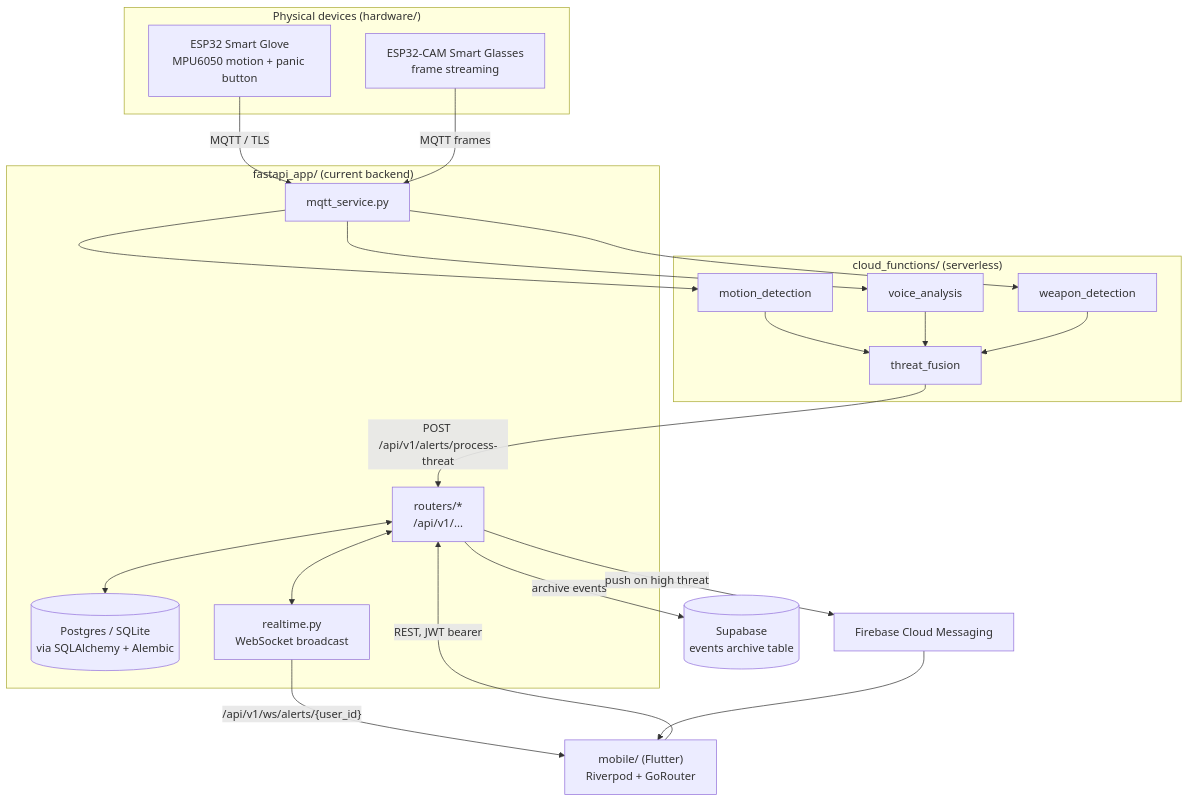
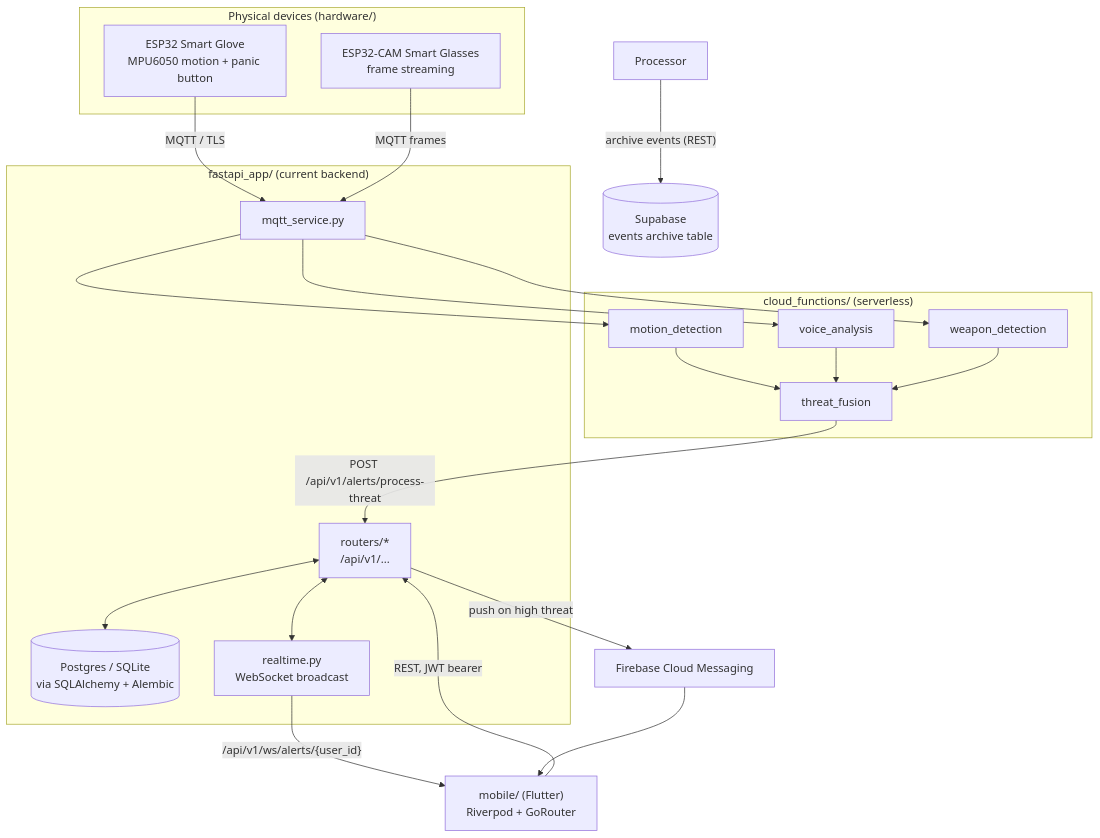
The first of 3 diagrams in ARCHITECTURE.md (ShadowInCache/SafeHer), drawn with Mermaid before and after one commit. The commit also changed other lines of this file and 9 other files, not shown here.

````diff
--- a/ARCHITECTURE.md
+++ b/ARCHITECTURE.md
@@ -10,39 +10,39 @@
 ```mermaid
 flowchart TB
     subgraph Devices["Physical devices (hardware/)"]
         Glove["ESP32 Smart Glove\nMPU6050 motion + panic button"]
         Glasses["ESP32-CAM Smart Glasses\nframe streaming"]
     end
 
     subgraph CloudFn["cloud_functions/ (serverless)"]
         Motion["motion_detection"]
         Voice["voice_analysis"]
         Weapon["weapon_detection"]
         Fusion["threat_fusion"]
     end
 
     subgraph Backend["fastapi_app/ (current backend)"]
         MQTTIn["mqtt_service.py"]
         Routers["routers/*\n/api/v1/..."]
         DB[("Postgres / SQLite\nvia SQLAlchemy + Alembic")]
         WS["realtime.py\nWebSocket broadcast"]
     end
 
     Supabase[("Supabase\nevents archive table")]
     FCM["Firebase Cloud Messaging"]
 
     Mobile["mobile/ (Flutter)\nRiverpod + GoRouter"]
 
     Glove -- "MQTT / TLS" --> MQTTIn
     Glasses -- "MQTT frames" --> MQTTIn
     MQTTIn --> Motion & Voice & Weapon
     Motion & Voice & Weapon --> Fusion
     Fusion -- "POST /api/v1/alerts/process-threat" --> Routers
     Routers <--> DB
-    Routers -- "archive events" --> Supabase
+    Processor -- "archive events (REST)" --> Supabase
     Routers -- "push on high threat" --> FCM
     Routers <--> WS
     WS -- "/api/v1/ws/alerts/{user_id}" --> Mobile
     Mobile -- "REST, JWT bearer" --> Routers
     FCM --> Mobile
 ```
````
